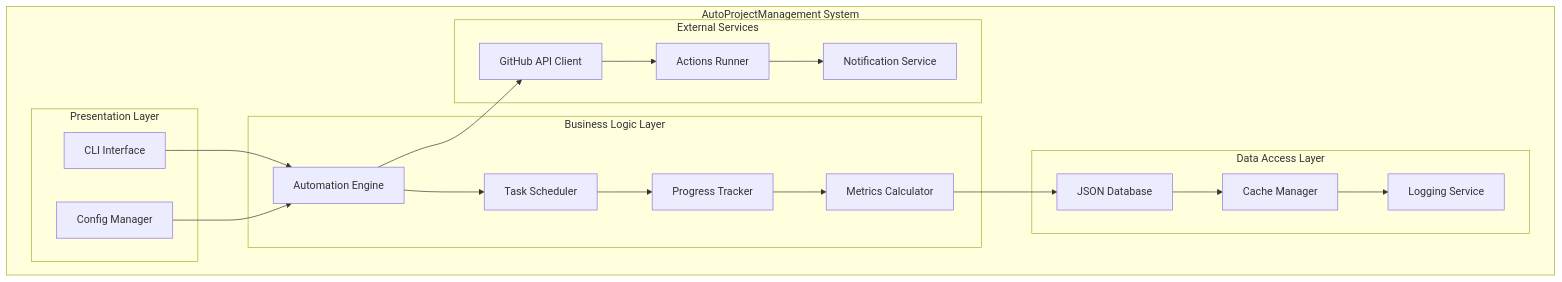
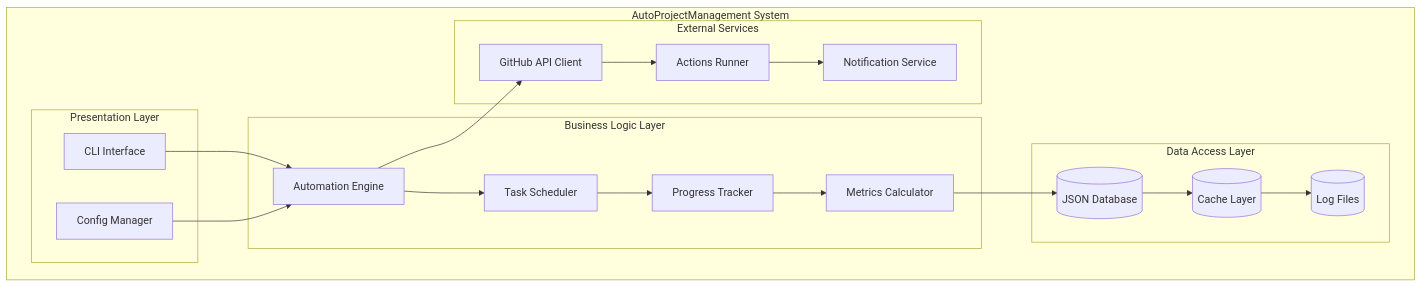
One commit to Shakour-Data/AutoProjectManagement changed diagram 12 of 12 in README.md. Above: the diagram before and after it, drawn with Mermaid. The commit also changed other lines of this file, not shown here.

Commit message:
`Update README and diagrams to reflect changes in project workflow and architecture`

````diff
--- a/README.md
+++ b/README.md
@@ -302,40 +331,40 @@
 ```mermaid
 graph TB
     subgraph "AutoProjectManagement System"
         subgraph "Presentation Layer"
             CLI[CLI Interface]
             Config[Config Manager]
         end
         
         subgraph "Business Logic Layer"
             Engine[Automation Engine]
             Scheduler[Task Scheduler]
             Tracker[Progress Tracker]
             Calculator[Metrics Calculator]
         end
         
         subgraph "Data Access Layer"
-            JSONDB[JSON Database]
-            Cache[Cache Manager]
-            Logger[Logging Service]
+            JSONDB[(JSON Database)]
+            Cache[(Cache Layer)]
+            Logger[(Log Files)]
         end
         
         subgraph "External Services"
             GitHubAPI[GitHub API Client]
             Actions[Actions Runner]
             Notifications[Notification Service]
         end
     end
     
     CLI --> Engine
     Config --> Engine
     Engine --> Scheduler
     Scheduler --> Tracker
     Tracker --> Calculator
     Calculator --> JSONDB
     JSONDB --> Cache
     Cache --> Logger
     Engine --> GitHubAPI
     GitHubAPI --> Actions
     Actions --> Notifications
 ```
````
